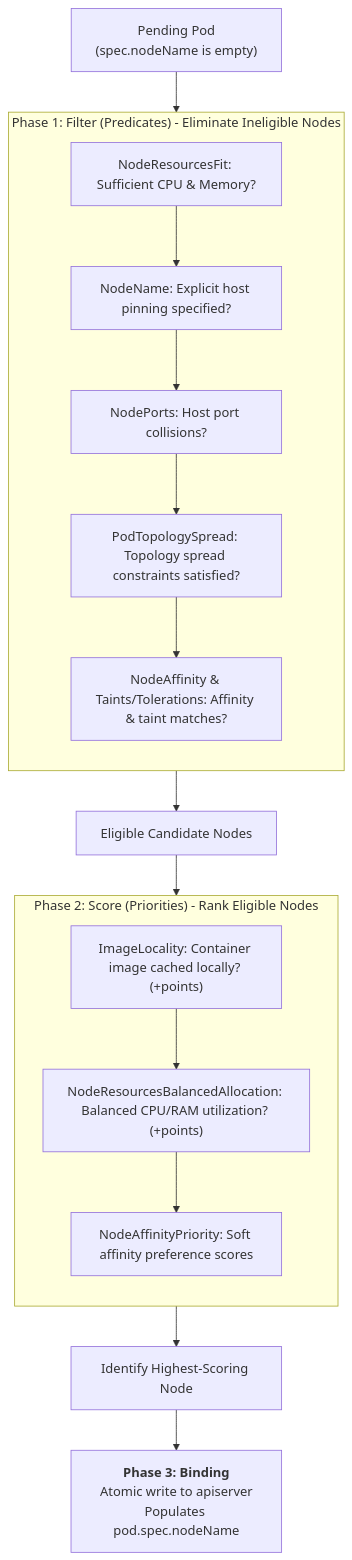
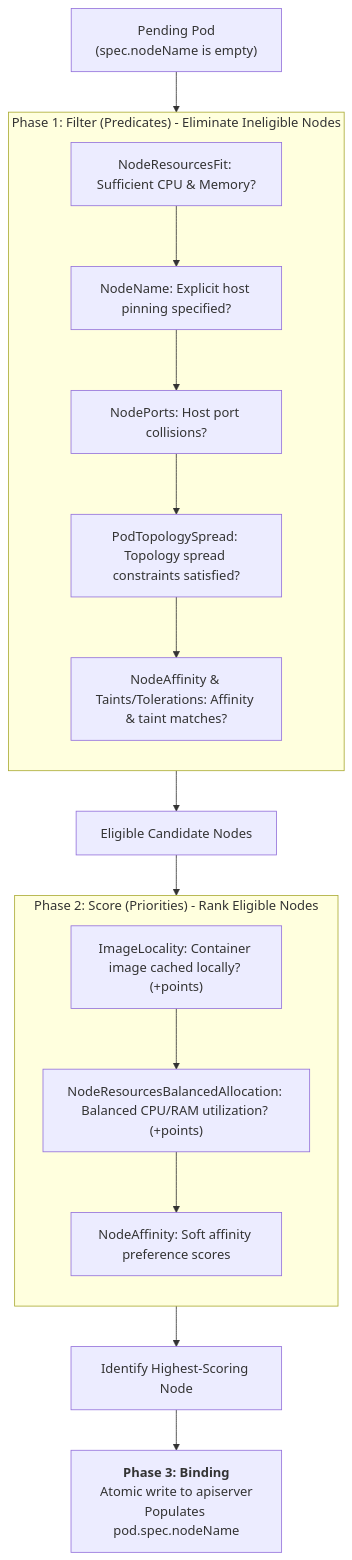
One commit to ifnodoraemon/ifnodoraemon.github.io changed the third of 4 diagrams in content/en/articles/k8s-control-plane-declarative-reconciliation.en.md. Above: the diagram before and after it, drawn with Mermaid. The commit also changed other lines of this file and 171 other files, not shown here.

````diff
--- a/content/en/articles/k8s-control-plane-declarative-reconciliation.en.md
+++ b/content/en/articles/k8s-control-plane-declarative-reconciliation.en.md
@@ -136,28 +136,28 @@
 ```mermaid
 flowchart TD
     PendingPod["Pending Pod<br/>(spec.nodeName is empty)"] --> FilterPhase
 
     subgraph FilterPhase["Phase 1: Filter (Predicates) - Eliminate Ineligible Nodes"]
         direction TB
         F1["NodeResourcesFit: Sufficient CPU & Memory?"]
         F2["NodeName: Explicit host pinning specified?"]
         F3["NodePorts: Host port collisions?"]
         F4["PodTopologySpread: Topology spread constraints satisfied?"]
         F5["NodeAffinity & Taints/Tolerations: Affinity & taint matches?"]
         F1 --> F2 --> F3 --> F4 --> F5
     end
 
     FilterPhase --> QualifiedNodes["Eligible Candidate Nodes"]
 
     subgraph ScorePhase["Phase 2: Score (Priorities) - Rank Eligible Nodes"]
         direction TB
         S1["ImageLocality: Container image cached locally? (+points)"]
         S2["NodeResourcesBalancedAllocation: Balanced CPU/RAM utilization? (+points)"]
-        S3["NodeAffinityPriority: Soft affinity preference scores"]
+        S3["NodeAffinity: Soft affinity preference scores"]
         S1 --> S2 --> S3
     end
 
     QualifiedNodes --> ScorePhase
     ScorePhase --> PickWinner["Identify Highest-Scoring Node"]
     PickWinner --> Binding["<b>Phase 3: Binding</b><br/>Atomic write to apiserver<br/>Populates pod.spec.nodeName"]
 ```
````
